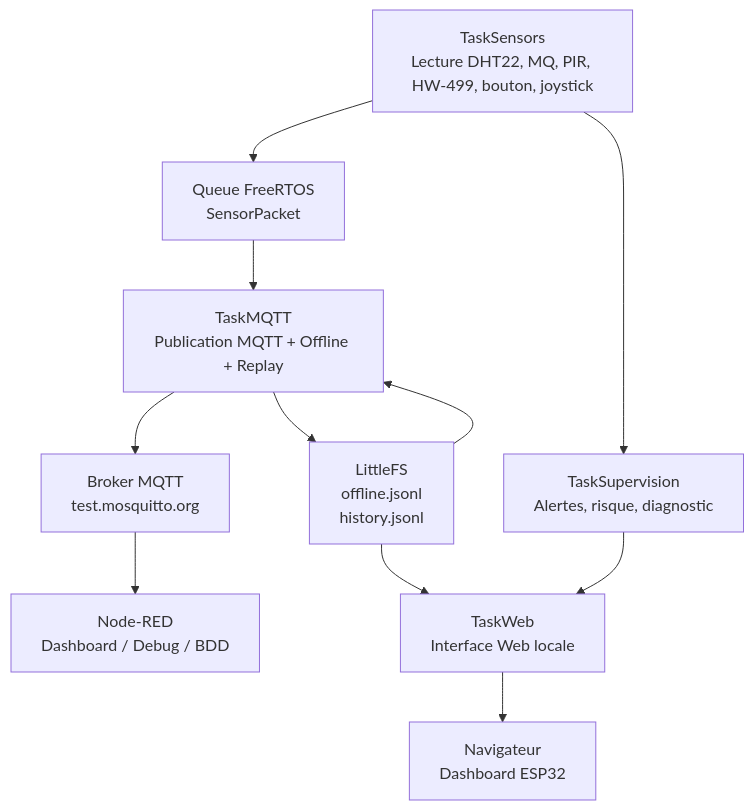
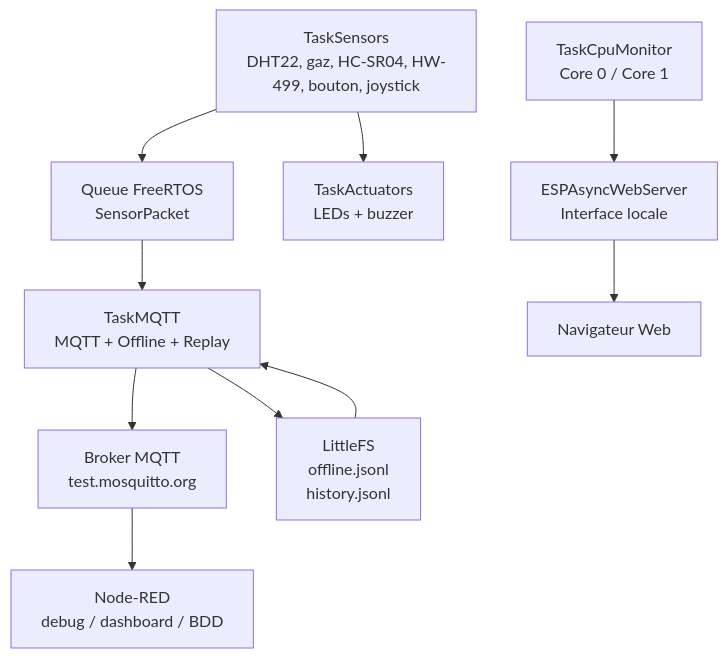
The second of 3 diagrams in README_Station_IoT.md (Wano38/ESP32-Station-IoT-Ultimate), drawn with Mermaid before and after one commit. The commit also changed other lines of this file and 3 other files, not shown here.

````diff
--- a/README_Station_IoT.md
+++ b/README_Station_IoT.md
@@ -238,25 +228,25 @@
 ```mermaid
 flowchart TB
-    Sensors["TaskSensors<br/>Lecture DHT22, MQ, PIR, HW-499, bouton, joystick"]
+    Sensors["TaskSensors<br/>DHT22, gaz, HC-SR04, HW-499, bouton, joystick"]
     Queue["Queue FreeRTOS<br/>SensorPacket"]
-    MQTT["TaskMQTT<br/>Publication MQTT + Offline + Replay"]
+    MQTT["TaskMQTT<br/>MQTT + Offline + Replay"]
     Broker["Broker MQTT<br/>test.mosquitto.org"]
-    NodeRED["Node-RED<br/>Dashboard / Debug / BDD"]
-    Web["TaskWeb<br/>Interface Web locale"]
-    Sup["TaskSupervision<br/>Alertes, risque, diagnostic"]
+    NodeRED["Node-RED<br/>debug / dashboard / BDD"]
     FS["LittleFS<br/>offline.jsonl<br/>history.jsonl"]
-    UI["Navigateur<br/>Dashboard ESP32"]
+    Web["ESPAsyncWebServer<br/>Interface locale"]
+    UI["Navigateur Web"]
+    Act["TaskActuators<br/>LEDs + buzzer"]
+    CPU["TaskCpuMonitor<br/>Core 0 / Core 1"]
 
     Sensors --> Queue
     Queue --> MQTT
     MQTT --> Broker
     Broker --> NodeRED
 
     MQTT --> FS
     FS --> MQTT
 
-    Sensors --> Sup
-    Sup --> Web
     Web --> UI
-    FS --> Web
+    Sensors --> Act
+    CPU --> Web
 ```
````
